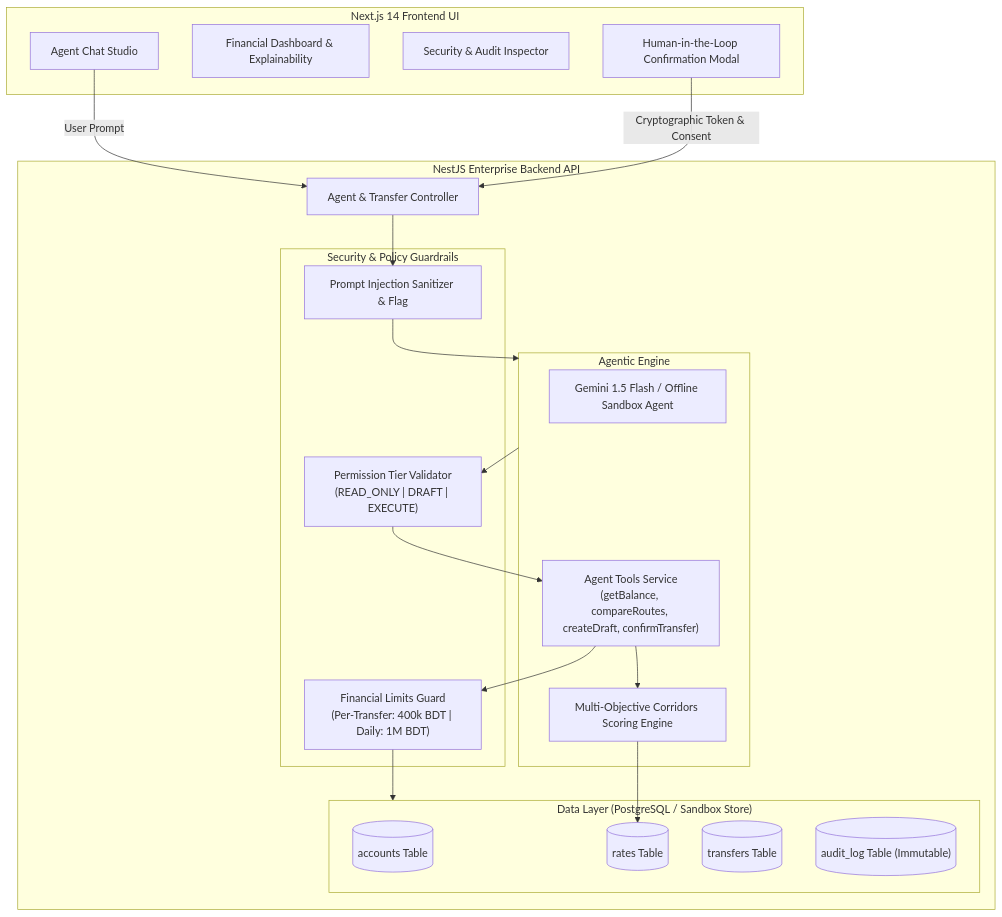
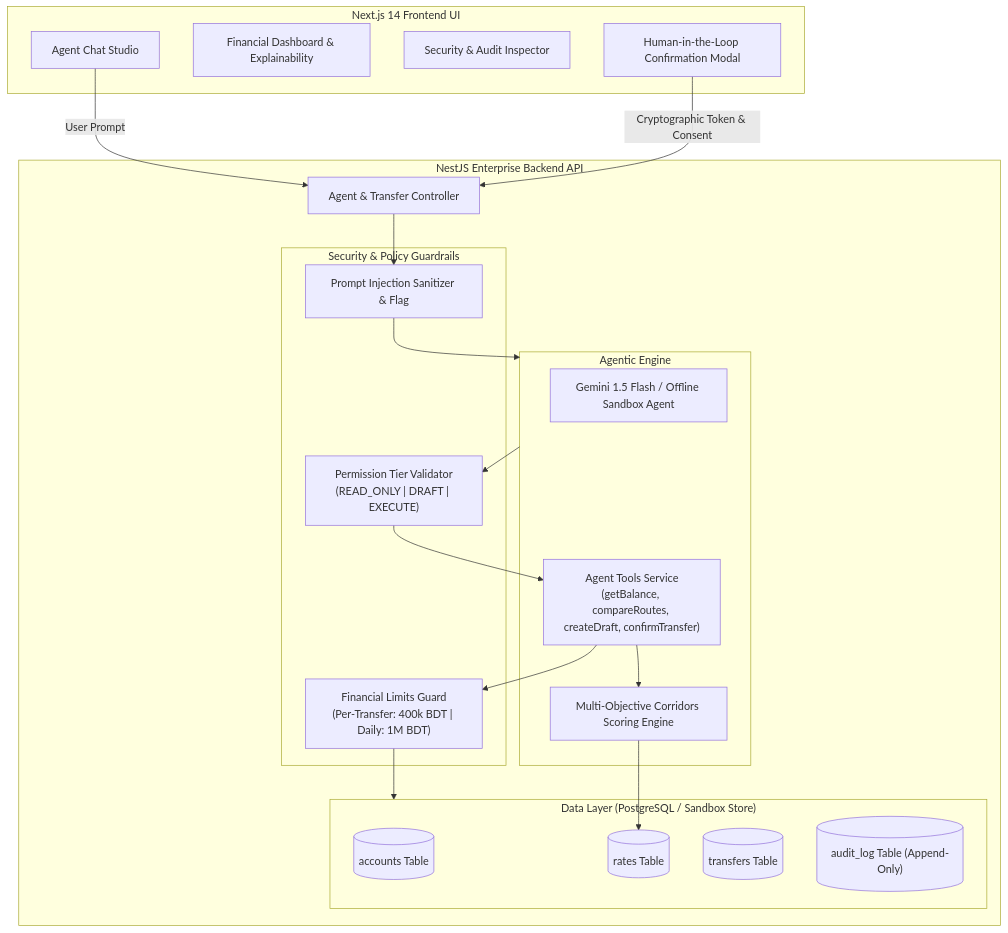
The first of 2 diagrams in docs/TECHNICAL_DOCUMENTATION.md (MirEashanZaman/student-tuition-payment-agent), drawn with Mermaid before and after one commit. The commit also changed other lines of this file, not shown here.

Commit message:
docs(tech): replace immutable with append-only across document and annotate admin endpoints in API table

````diff
--- a/docs/TECHNICAL_DOCUMENTATION.md
+++ b/docs/TECHNICAL_DOCUMENTATION.md
@@ -14,43 +14,43 @@
 ```mermaid
 graph TD
     subgraph Client["Next.js 14 Frontend UI"]
         UI_Chat["Agent Chat Studio"]
         UI_Dash["Financial Dashboard & Explainability"]
         UI_Audit["Security & Audit Inspector"]
         UI_Consent["Human-in-the-Loop Confirmation Modal"]
     end
 
     subgraph Backend["NestJS Enterprise Backend API"]
         Controller["Agent & Transfer Controller"]
         
         subgraph Guardrails["Security & Policy Guardrails"]
             TierGuard["Permission Tier Validator\n(READ_ONLY | DRAFT | EXECUTE)"]
             LimitGuard["Financial Limits Guard\n(Per-Transfer: 400k BDT | Daily: 1M BDT)"]
             InjectionFilter["Prompt Injection Sanitizer & Flag"]
         end
 
         subgraph CoreAgent["Agentic Engine"]
             LLM["Gemini 1.5 Flash / Offline Sandbox Agent"]
             Tools["Agent Tools Service\n(getBalance, compareRoutes, createDraft, confirmTransfer)"]
             Scoring["Multi-Objective Corridors Scoring Engine"]
         end
 
         subgraph Storage["Data Layer (PostgreSQL / Sandbox Store)"]
         Accounts[("accounts Table")]
         Rates[("rates Table")]
         Transfers[("transfers Table")]
-        AuditLog[("audit_log Table (Immutable)")]
+        AuditLog[("audit_log Table (Append-Only)")]
         end
     end
 
     UI_Chat -->|"User Prompt"| Controller
     Controller --> InjectionFilter
     InjectionFilter --> CoreAgent
     CoreAgent --> TierGuard
     TierGuard --> Tools
     Tools --> LimitGuard
     LimitGuard --> Storage
     Tools --> Scoring
     Scoring --> Rates
     UI_Consent -->|"Cryptographic Token & Consent"| Controller
 ```
````
